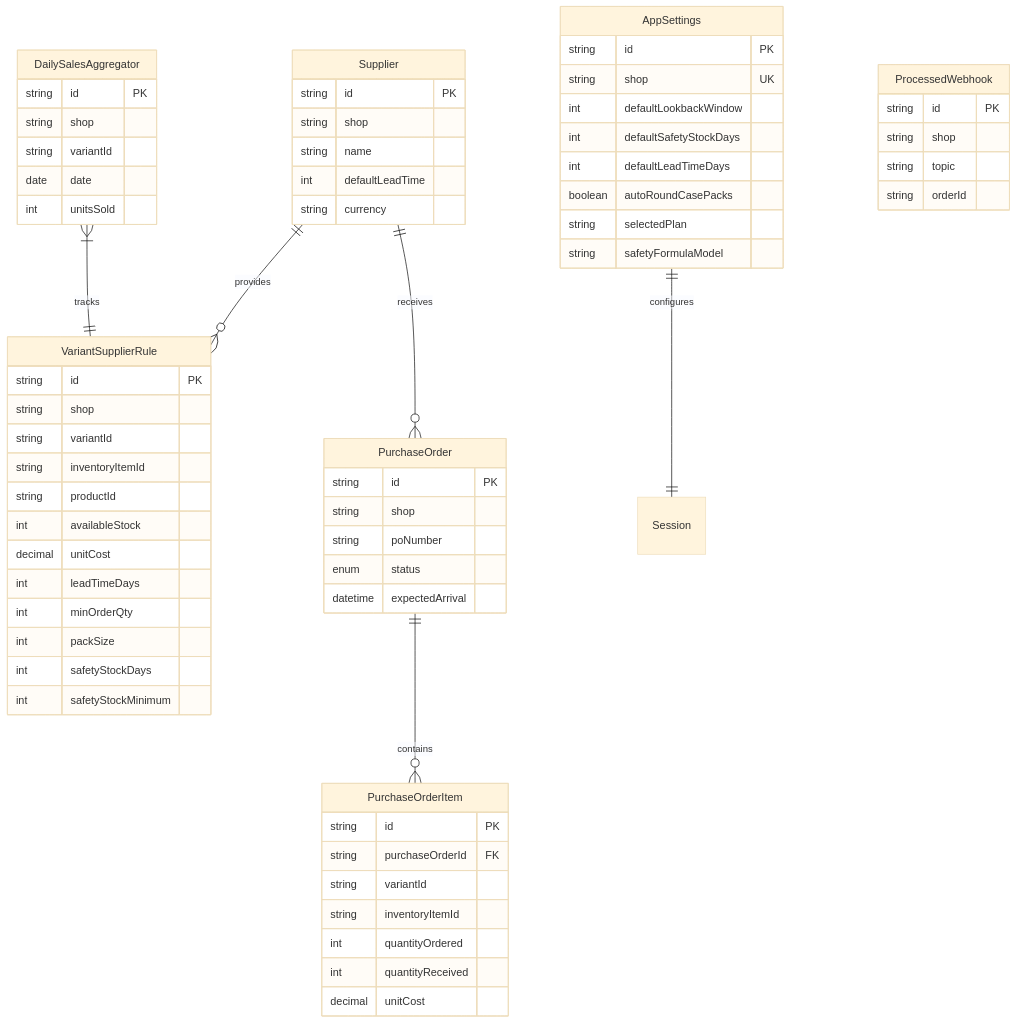
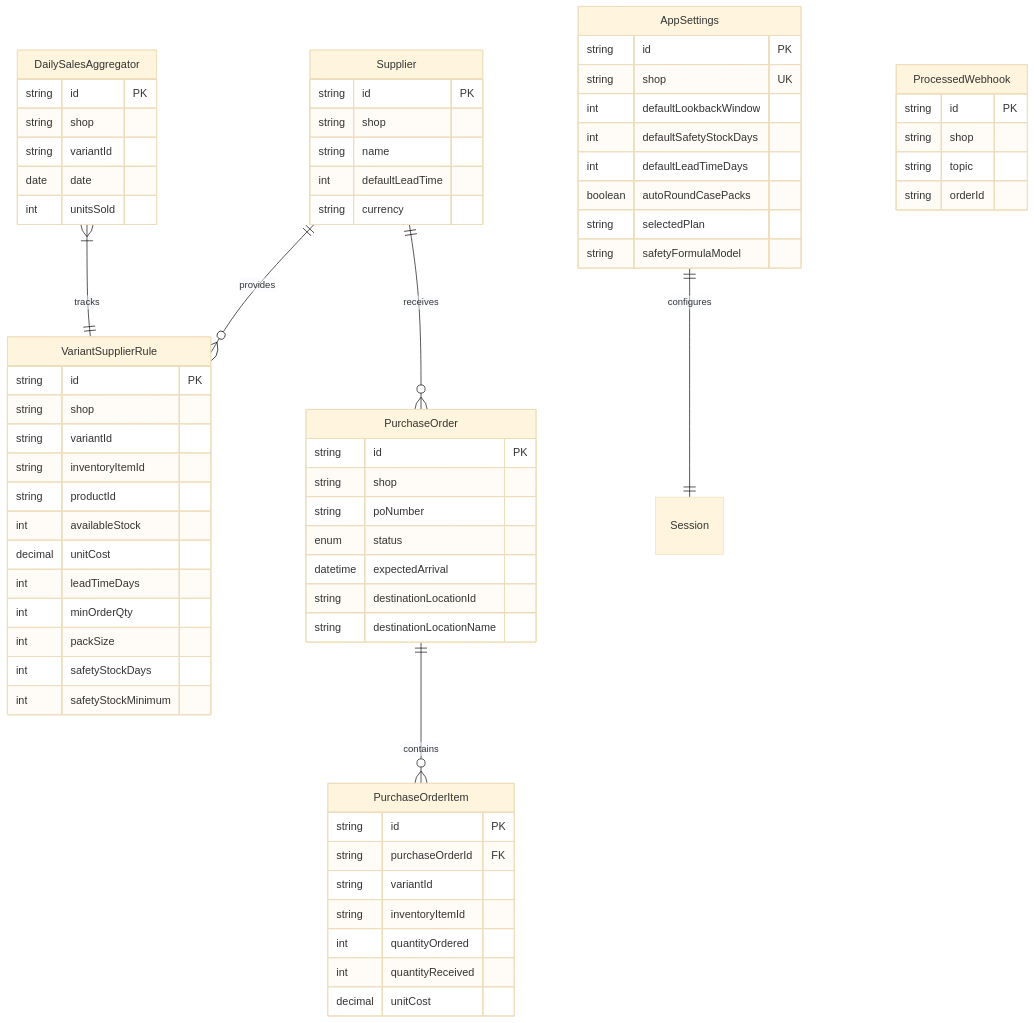
The fourth of 4 diagrams in README.md (bhokarekedar/ClearStock-Inventory-POs), drawn with Mermaid (base theme) before and after one commit. The commit also changed other lines of this file and 4 other files, not shown here.

````diff
--- a/README.md
+++ b/README.md
@@ -195,75 +199,77 @@
 ```mermaid
 erDiagram
     Supplier ||--o{ VariantSupplierRule : provides
     Supplier ||--o{ PurchaseOrder : receives
     PurchaseOrder ||--o{ PurchaseOrderItem : contains
     AppSettings ||--|| Session : configures
     DailySalesAggregator }|--|| VariantSupplierRule : tracks
 
     Supplier {
         string id PK
         string shop
         string name
         int defaultLeadTime
         string currency
     }
 
     VariantSupplierRule {
         string id PK
         string shop
         string variantId
         string inventoryItemId
         string productId
         int availableStock
         decimal unitCost
         int leadTimeDays
         int minOrderQty
         int packSize
         int safetyStockDays
         int safetyStockMinimum
     }
 
     PurchaseOrder {
         string id PK
         string shop
         string poNumber
         enum status
         datetime expectedArrival
+        string destinationLocationId
+        string destinationLocationName
     }
 
     PurchaseOrderItem {
         string id PK
         string purchaseOrderId FK
         string variantId
         string inventoryItemId
         int quantityOrdered
         int quantityReceived
         decimal unitCost
     }
 
     DailySalesAggregator {
         string id PK
         string shop
         string variantId
         date date
         int unitsSold
     }
 
     AppSettings {
         string id PK
         string shop UK
         int defaultLookbackWindow
         int defaultSafetyStockDays
         int defaultLeadTimeDays
         boolean autoRoundCasePacks
         string selectedPlan
         string safetyFormulaModel
     }
 
     ProcessedWebhook {
         string id PK
         string shop
         string topic
         string orderId
     }
 ```
````
